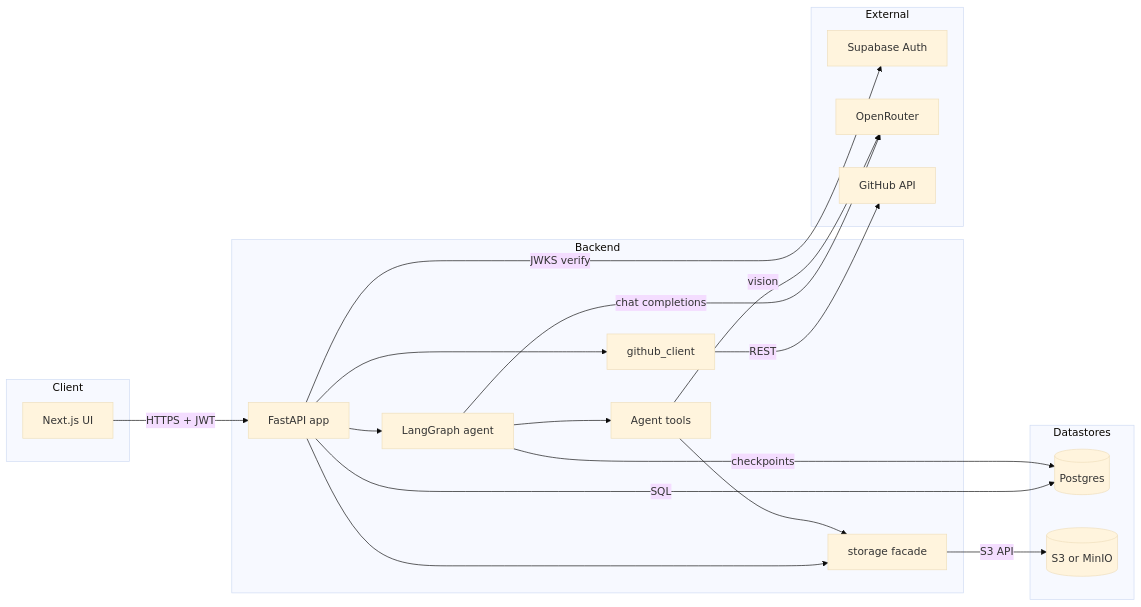
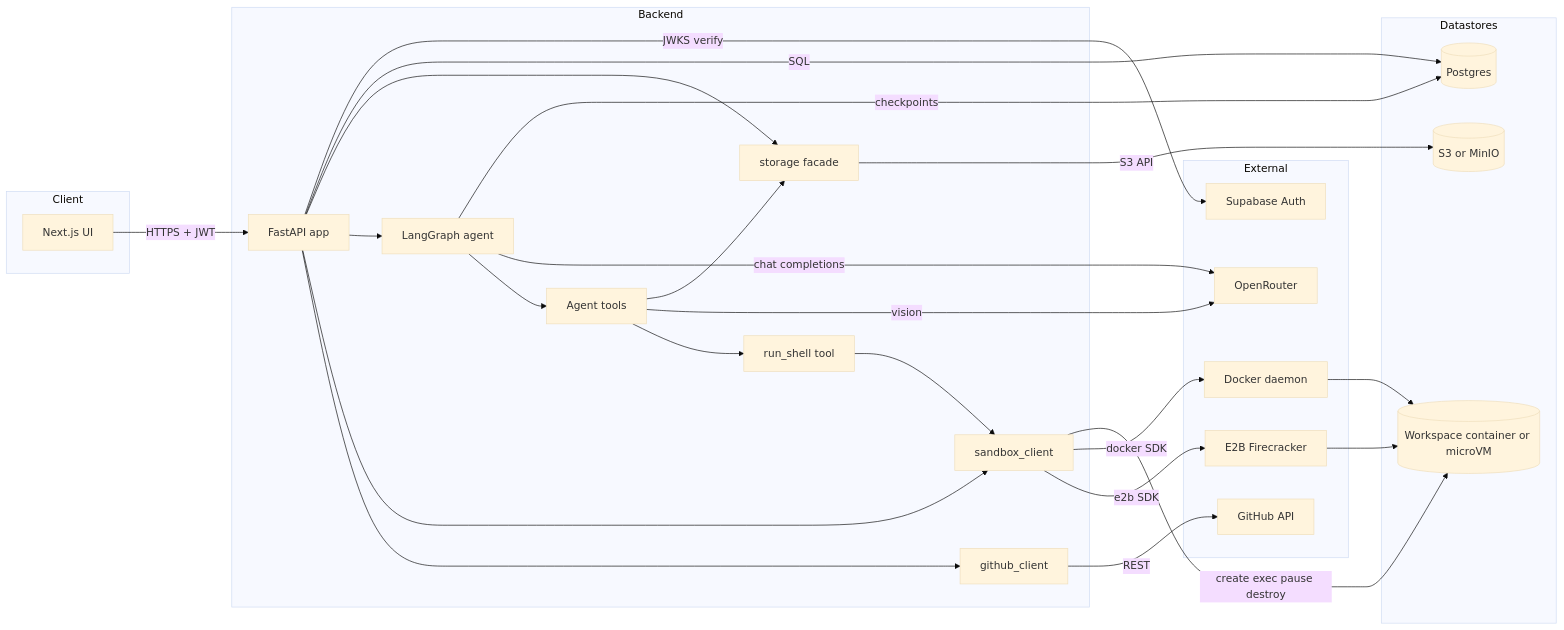
One commit to HarishanA21/agentic_context_management changed the diagram in architecture.md. Above: the diagram before and after it, drawn with Mermaid (base theme). The commit also changed other lines of this file and 28 other files, not shown here.

````diff
--- a/architecture.md
+++ b/architecture.md
@@ -9,39 +9,52 @@
 ```mermaid
 flowchart LR
     subgraph Client
         UI[Next.js UI]
     end
 
     subgraph Backend
         API[FastAPI app]
         Agent[LangGraph agent]
         Tools[Agent tools]
+        Shell[run_shell tool]
         GHC[github_client]
         Storage[storage facade]
+        Sandbox[sandbox_client]
     end
 
     subgraph Datastores
         PG[(Postgres)]
         S3[(S3 or MinIO)]
+        WS[(Workspace container or microVM)]
     end
 
     subgraph External
         Auth[Supabase Auth]
         LLM[OpenRouter]
         GH[GitHub API]
+        Docker[Docker daemon]
+        E2B[E2B Firecracker]
     end
 
     UI -->|HTTPS + JWT| API
     API -->|JWKS verify| Auth
     API -->|SQL| PG
     Agent -->|checkpoints| PG
     API --> Storage
     Tools --> Storage
     Storage -->|S3 API| S3
     Agent -->|chat completions| LLM
     Tools -->|vision| LLM
     API --> Agent
     Agent --> Tools
+    Tools --> Shell
+    Shell --> Sandbox
+    API --> Sandbox
+    Sandbox -->|create exec pause destroy| WS
+    Sandbox -->|docker SDK| Docker
+    Sandbox -->|e2b SDK| E2B
+    Docker --> WS
+    E2B --> WS
     GHC -->|REST| GH
     API --> GHC
 ```
````
